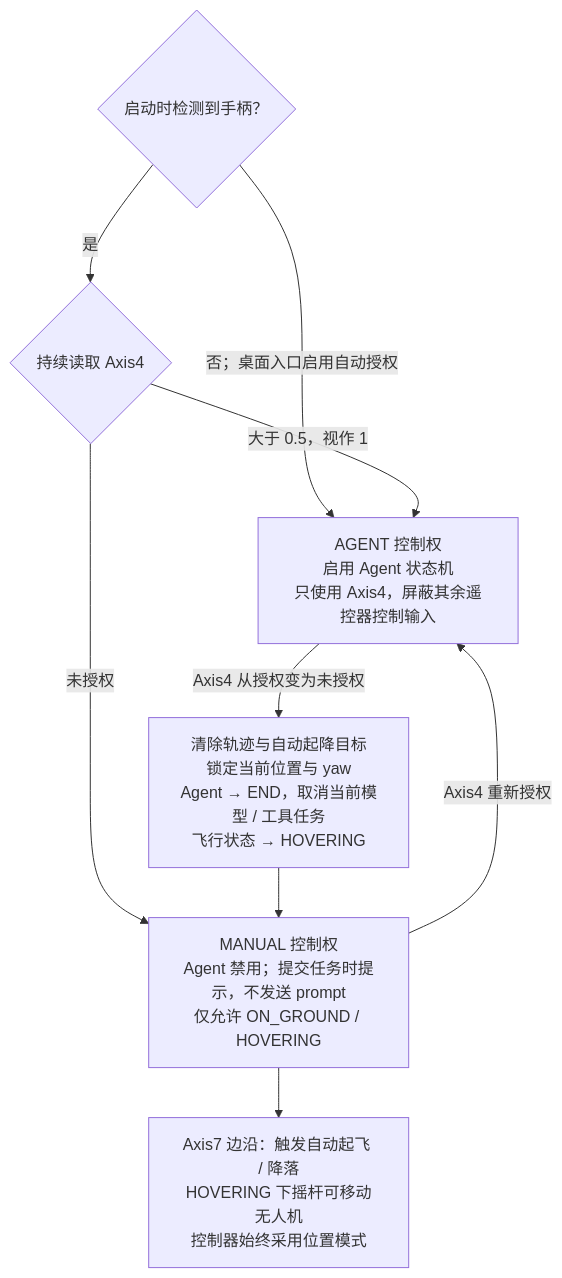
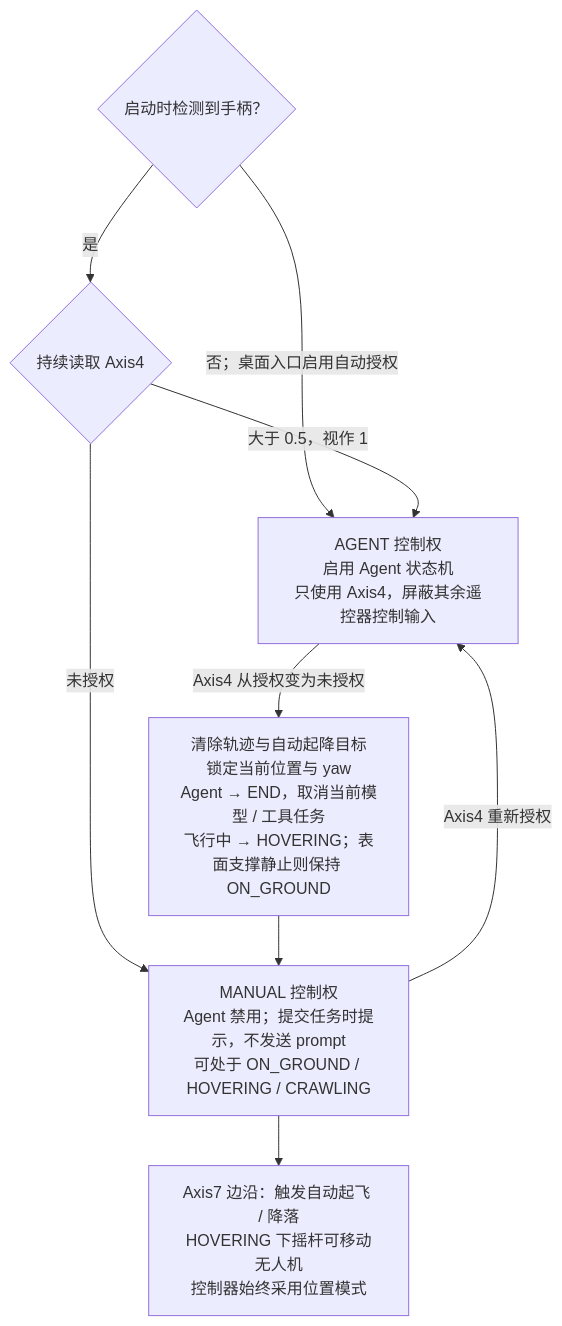
Before and after one commit to Coolmint417/agentic_mmuav: the fourth of 5 diagrams in docs/architecture.md, drawn with Mermaid. The commit also changed other lines of this file and 25 other files, not shown here.

````diff
--- a/docs/architecture.md
+++ b/docs/architecture.md
@@ -112,12 +120,12 @@
 ```mermaid
 flowchart TB
     DETECT{"启动时检测到手柄？"}
     DETECT -->|"是"| AXIS{"持续读取 Axis4"}
     DETECT -->|"否；桌面入口启用自动授权"| AGENT
     AXIS -->|"大于 0.5，视作 1"| AGENT["AGENT 控制权<br/>启用 Agent 状态机<br/>只使用 Axis4，屏蔽其余遥控器控制输入"]
-    AXIS -->|"未授权"| MANUAL["MANUAL 控制权<br/>Agent 禁用；提交任务时提示，不发送 prompt<br/>仅允许 ON_GROUND / HOVERING"]
-    AGENT -->|"Axis4 从授权变为未授权"| REVOKE["清除轨迹与自动起降目标<br/>锁定当前位置与 yaw<br/>Agent → END，取消当前模型 / 工具任务<br/>飞行状态 → HOVERING"]
+    AXIS -->|"未授权"| MANUAL["MANUAL 控制权<br/>Agent 禁用；提交任务时提示，不发送 prompt<br/>可处于 ON_GROUND / HOVERING / CRAWLING"]
+    AGENT -->|"Axis4 从授权变为未授权"| REVOKE["清除轨迹与自动起降目标<br/>锁定当前位置与 yaw<br/>Agent → END，取消当前模型 / 工具任务<br/>飞行中 → HOVERING；表面支撑静止则保持 ON_GROUND"]
     REVOKE --> MANUAL
     MANUAL -->|"Axis4 重新授权"| AGENT
     MANUAL --> RC["Axis7 边沿：触发自动起飞 / 降落<br/>HOVERING 下摇杆可移动无人机<br/>控制器始终采用位置模式"]
 ```
````
